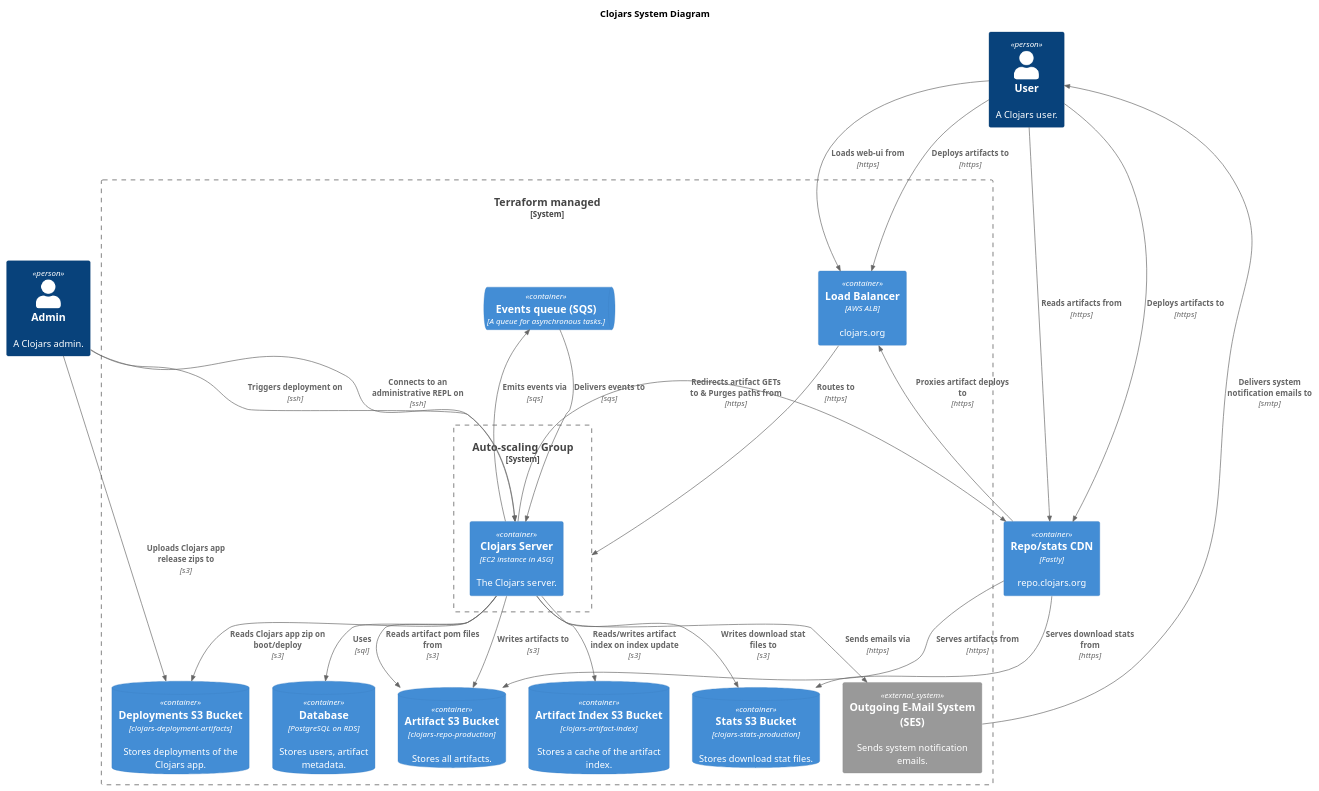
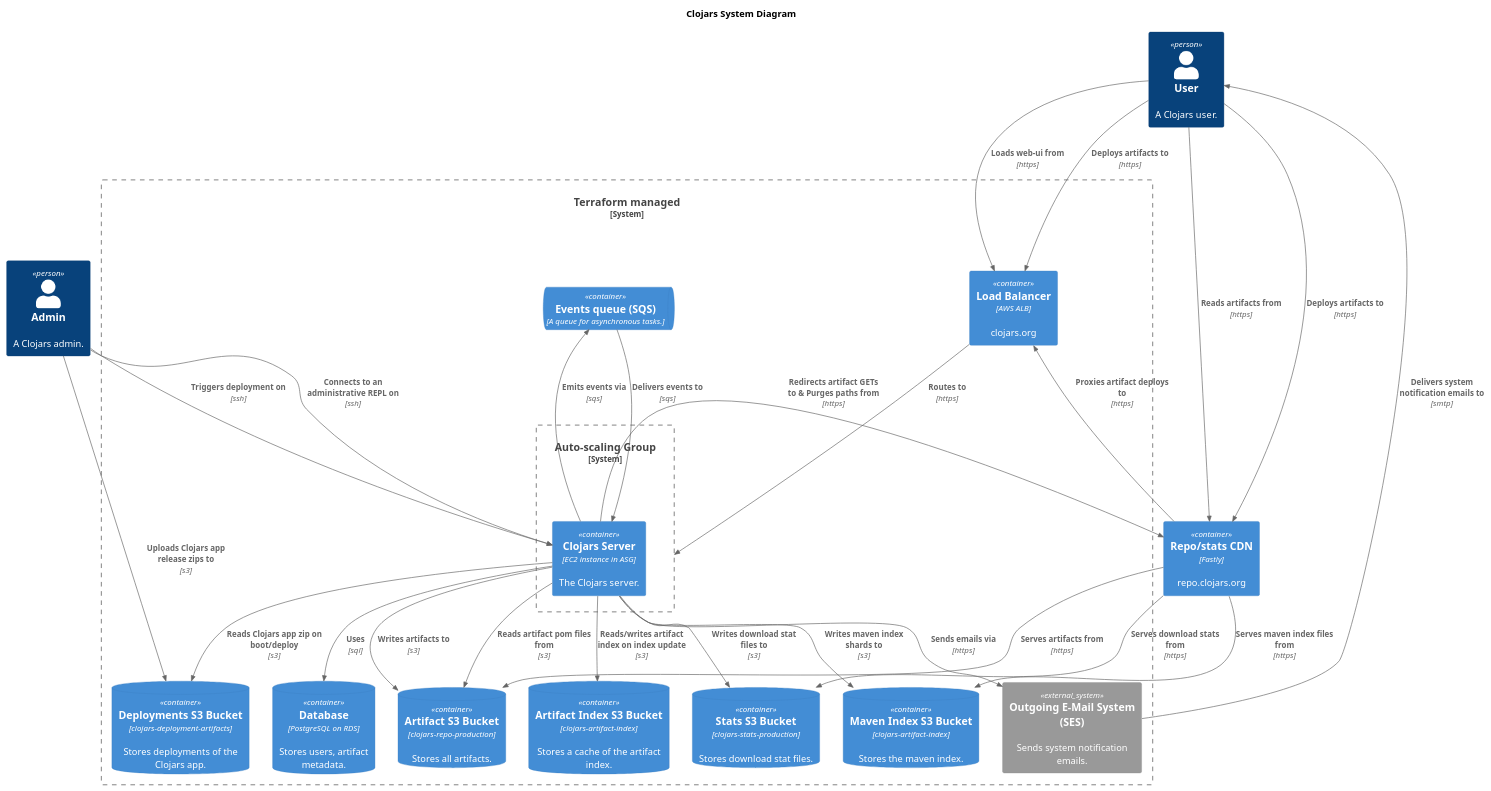
The diagram in system_diagram.puml (clojars/infrastructure), drawn with PlantUML before and after one commit. The commit also changed 2 other files, not shown here.

Commit message:
Add new s3 bucket for maven indexes
This makes it safer to use `aws s3 sync --delete`, as worst case is we
delete the index files, not the contents of the repo bucket.

```diff
--- a/system_diagram.puml
+++ b/system_diagram.puml
@@ -1,56 +1,59 @@
 @startuml system_diagram
 !includeurl https://raw.githubusercontent.com/plantuml-stdlib/C4-PlantUML/master/C4_Container.puml
 
 title Clojars System Diagram
 
 Person(admin, "Admin", "A Clojars admin.")
 Person(user, "User", "A Clojars user.")
 
 System_Boundary(terraform, "Terraform managed") {
   Container(lb, "Load Balancer", "AWS ALB", "clojars.org")
 
 System_Boundary(asg, "Auto-scaling Group") {
     Container(instance, "Clojars Server", "EC2 instance in ASG", "The Clojars server.")
   }
   
   ContainerDb(database, "Database", "PostgreSQL on RDS", "Stores users, artifact metadata.")
   ContainerDb(repo_bucket, "Artifact S3 Bucket", "clojars-repo-production", "Stores all artifacts.")
   ContainerDb(stats_bucket, "Stats S3 Bucket", "clojars-stats-production", "Stores download stat files.")
   ContainerDb(artifact_index_bucket, "Artifact Index S3 Bucket", "clojars-artifact-index", "Stores a cache of the artifact index.")
+  ContainerDb(maven_index_bucket, "Maven Index S3 Bucket", "clojars-artifact-index", "Stores the maven index.")
   ContainerDb(deployments_bucket, "Deployments S3 Bucket", "clojars-deployment-artifacts", "Stores deployments of the Clojars app.")
 
   ContainerQueue(sqs, "Events queue (SQS)", "A queue for asynchronous tasks.")
 
   System_Ext(ses, "Outgoing E-Mail System (SES)", "Sends system notification emails.")
 }
 
 Container(fastly, "Repo/stats CDN", "Fastly", "repo.clojars.org")
 
 Rel(admin, deployments_bucket, "Uploads Clojars app release zips to", "s3")
 Rel(admin, instance, "Triggers deployment on", "ssh")
 Rel(admin, instance, "Connects to an administrative REPL on", "ssh")
 
 Rel(user, lb, "Loads web-ui from", "https")
 Rel(user, lb, "Deploys artifacts to", "https")
 Rel(user, fastly, "Reads artifacts from", "https")
 Rel(user, fastly, "Deploys artifacts to", "https")
 
 Rel(lb, asg, "Routes to", "https")
 
 Rel(instance, database, "Uses", "sql")
 Rel(instance, repo_bucket, "Writes artifacts to", "s3")
 Rel(instance, repo_bucket, "Reads artifact pom files from", "s3")
 Rel(instance, stats_bucket, "Writes download stat files to", "s3")
+Rel(instance, maven_index_bucket, "Writes maven index shards to", "s3")
 Rel(instance, fastly, "Redirects artifact GETs to & Purges paths from", "https")
 Rel(instance, ses, "Sends emails via", "https")
 Rel(instance, sqs, "Emits events via", "sqs")
 Rel(instance, artifact_index_bucket, "Reads/writes artifact index on index update", "s3")
 Rel(instance, deployments_bucket, "Reads Clojars app zip on boot/deploy", "s3")
 
 Rel(ses, user, "Delivers system notification emails to", "smtp")
 Rel(sqs, instance, "Delivers events to", "sqs")
 
 Rel(fastly, repo_bucket, "Serves artifacts from", "https")
 Rel(fastly, stats_bucket, "Serves download stats from", "https")
+Rel(fastly, maven_index_bucket, "Serves maven index files from", "https")
 Rel(fastly, lb, "Proxies artifact deploys to", "https")
 @enduml
```
